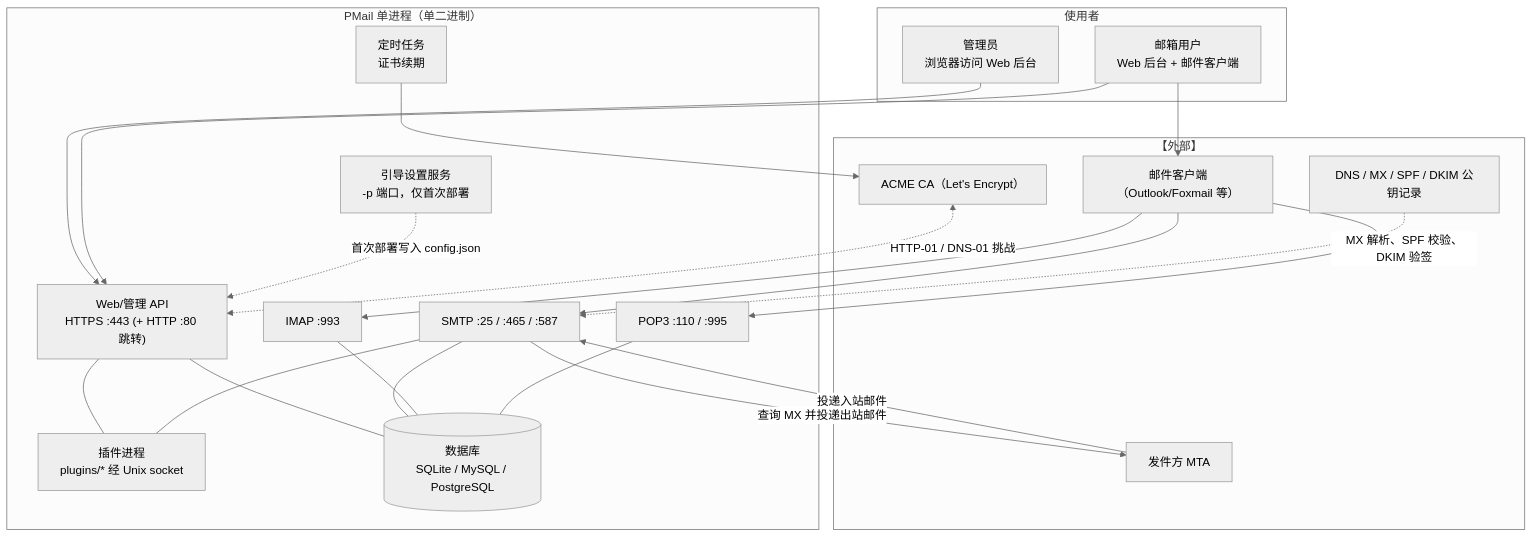
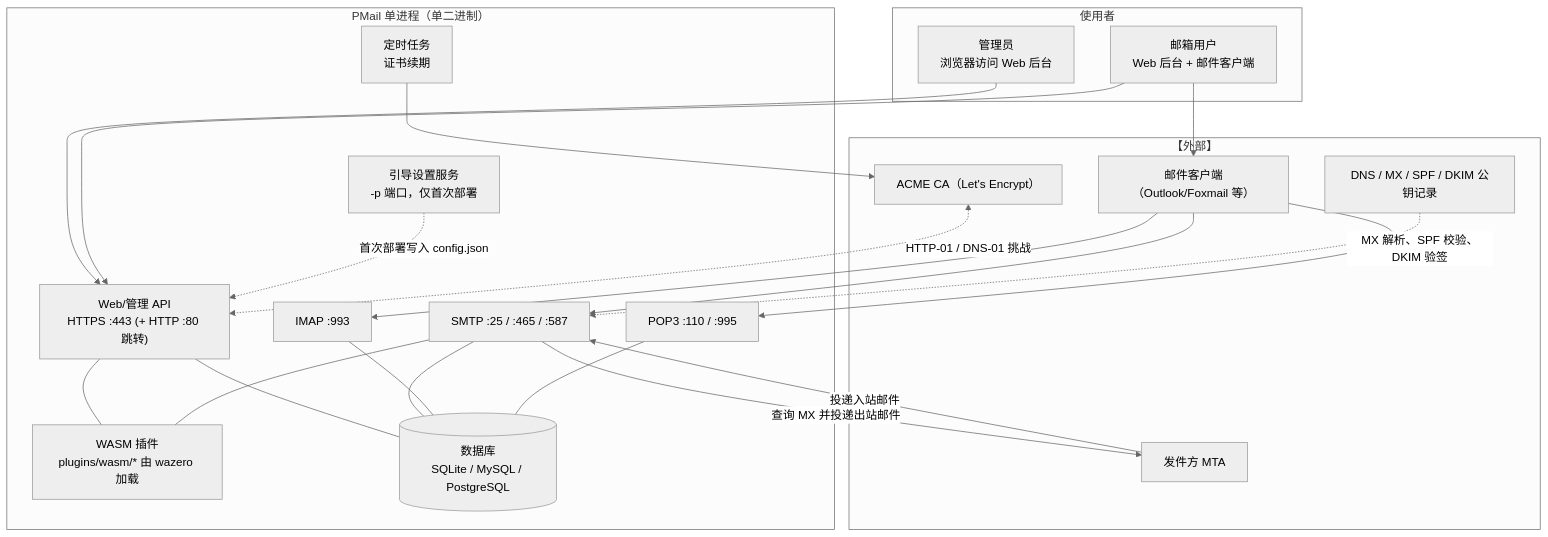
One commit to bambuo/PMail changed the first of 4 diagrams in docs/架构全景图.md. Above: the diagram before and after it, drawn with Mermaid (neutral theme). The commit also changed other lines of this file and 80 other files, not shown here.

First line of the commit message:
feat(plugin): 全部内置插件迁移到 WASM 并移除旧进程插件机制

````diff
--- a/docs/架构全景图.md
+++ b/docs/架构全景图.md
@@ -12,44 +12,44 @@
 ```mermaid
 flowchart TB
   subgraph 使用者
     admin["管理员<br/>浏览器访问 Web 后台"]
     mailuser["邮箱用户<br/>Web 后台 + 邮件客户端"]
   end
 
   subgraph PMail["PMail 单进程（单二进制）"]
     setup["引导设置服务<br/>-p 端口，仅首次部署"]
     web["Web/管理 API<br/>HTTPS :443 (+ HTTP :80 跳转)"]
     smtp["SMTP :25 / :465 / :587"]
     imap["IMAP :993"]
     pop3["POP3 :110 / :995"]
     cron["定时任务<br/>证书续期"]
-    plugin["插件进程<br/>plugins/* 经 Unix socket"]
+    plugin["WASM 插件<br/>plugins/wasm/* 由 wazero 加载"]
     db[("数据库<br/>SQLite / MySQL / PostgreSQL")]
   end
 
   subgraph 外部["【外部】"]
     mta["发件方 MTA"]
     dns["DNS / MX / SPF / DKIM 公钥记录"]
     ca["ACME CA（Let's Encrypt）"]
     client["邮件客户端（Outlook/Foxmail 等）"]
   end
 
   admin --> web
   mailuser --> web
   mailuser --> client
   client --> imap
   client --> pop3
   client --> smtp
   mta -->|"投递入站邮件"| smtp
   smtp -->|"查询 MX 并投递出站邮件"| mta
   dns -.->|"MX 解析、SPF 校验、DKIM 验签"| smtp
   ca <-.->|"HTTP-01 / DNS-01 挑战"| web
   cron --> ca
   web --- db
   smtp --- db
   imap --- db
   pop3 --- db
   web --- plugin
   smtp --- plugin
   setup -.->|"首次部署写入 config.json"| web
 ```
````
